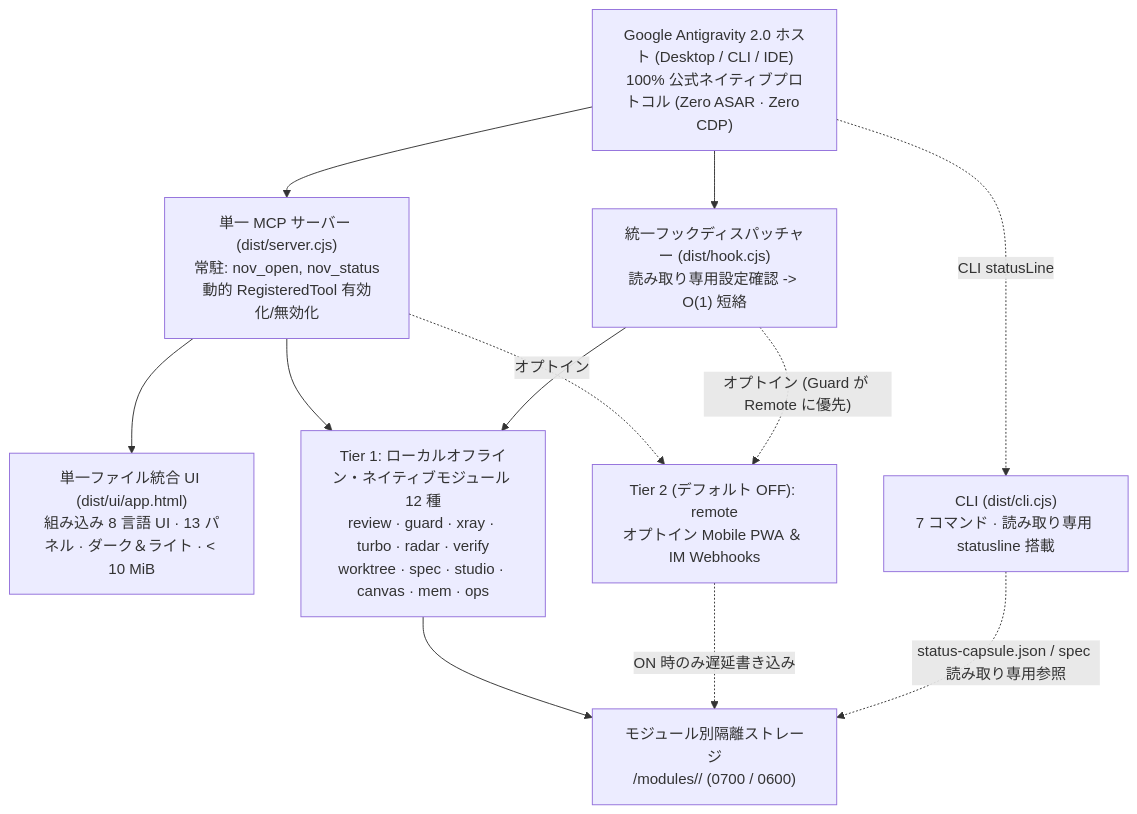
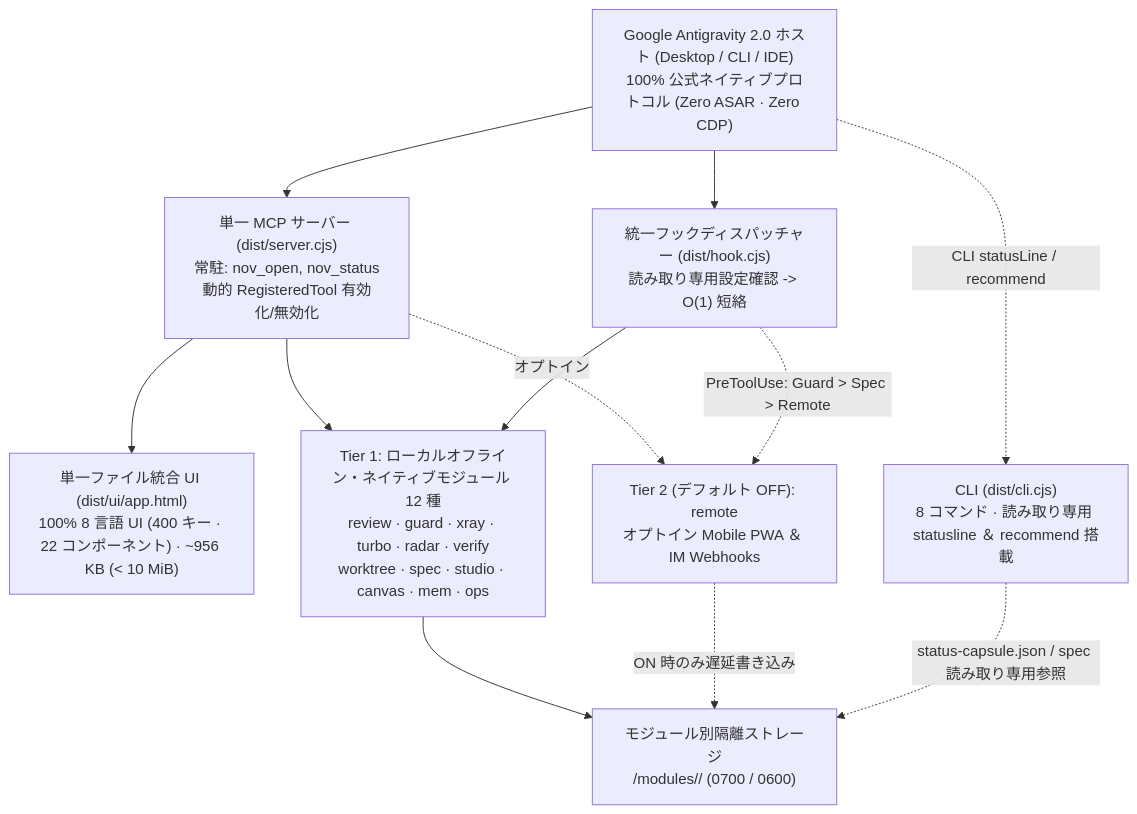
Before and after one commit to tone-leh/agy-NOV: the diagram in docs/i18n/README.ja.md, drawn with Mermaid. The commit also changed other lines of this file and 74 other files, not shown here.

````diff
--- a/docs/i18n/README.ja.md
+++ b/docs/i18n/README.ja.md
@@ -196,23 +221,23 @@
 ```mermaid
 flowchart TB
   Host["Google Antigravity 2.0 ホスト (Desktop / CLI / IDE)\n100% 公式ネイティブプロトコル (Zero ASAR · Zero CDP)"]
   MCP["単一 MCP サーバー (dist/server.cjs)\n常駐: nov_open, nov_status\n動的 RegisteredTool 有効化/無効化"]
-  UI["単一ファイル統合 UI (dist/ui/app.html)\n組み込み 8 言語 UI · 13 パネル · ダーク＆ライト · < 10 MiB"]
+  UI["単一ファイル統合 UI (dist/ui/app.html)\n100% 8 言語 UI (400 キー · 22 コンポーネント) · ~956 KB (< 10 MiB)"]
   Hook["統一フックディスパッチャー (dist/hook.cjs)\n読み取り専用設定確認 -> O(1) 短絡"]
-  CLI["CLI (dist/cli.cjs)\n7 コマンド · 読み取り専用 statusline 搭載"]
+  CLI["CLI (dist/cli.cjs)\n8 コマンド · 読み取り専用 statusline ＆ recommend 搭載"]
   Store["モジュール別隔離ストレージ\n<dataDir>/modules/<id>/ (0700 / 0600)"]
   T1["Tier 1: ローカルオフライン・ネイティブモジュール 12 種\nreview · guard · xray · turbo · radar · verify\nworktree · spec · studio · canvas · mem · ops"]
   T2R["Tier 2 (デフォルト OFF): remote\nオプトイン Mobile PWA ＆ IM Webhooks"]
 
   Host --> MCP
   Host --> Hook
-  Host -. "CLI statusLine" .-> CLI
+  Host -. "CLI statusLine / recommend" .-> CLI
   MCP --> UI
   MCP --> T1
   MCP -. "オプトイン" .-> T2R
   Hook --> T1
-  Hook -. "オプトイン (Guard が Remote に優先)" .-> T2R
+  Hook -. "PreToolUse: Guard > Spec > Remote" .-> T2R
   T1 --> Store
   T2R -. "ON 時のみ遅延書き込み" .-> Store
   CLI -. "status-capsule.json / spec 読み取り専用参照" .-> Store
 ```
````
